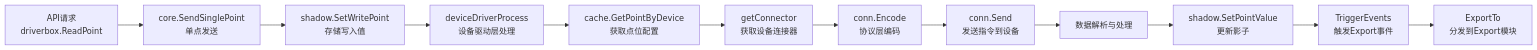
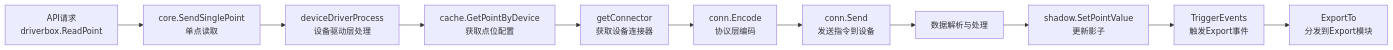
Before and after one commit to ibuilding-X/driver-box: the seventh of 9 diagrams in pages/src/content/docs/concepts/architecture.mdx, drawn with Mermaid. The commit also changed other lines of this file, not shown here.

First line of the commit message:
docs(architecture): 更新架构文档增加详细分层设计和流程说明

````diff
--- a/pages/src/content/docs/concepts/architecture.mdx
+++ b/pages/src/content/docs/concepts/architecture.mdx
@@ -346,14 +359,13 @@
 ```mermaid
 flowchart LR
-    A[API请求<br/>driverbox.ReadPoint] --> B[core.SendSinglePoint<br/>单点发送]
-    B --> C[shadow.SetWritePoint<br/>存储写入值]
-    C --> D[deviceDriverProcess<br/>设备驱动层处理]
-    D --> E[cache.GetPointByDevice<br/>获取点位配置]
-    E --> F[getConnector<br/>获取设备连接器]
-    F --> G[conn.Encode<br/>协议层编码]
-    G --> H[conn.Send<br/>发送指令到设备]
-    H --> I[数据解析与处理]
-    I --> J[shadow.SetPointValue<br/>更新影子]
-    J --> K[TriggerEvents<br/>触发Export事件]
-    K --> L[ExportTo<br/>分发到Export模块]
+    A[API请求<br/>driverbox.ReadPoint] --> B[core.SendSinglePoint<br/>单点读取]
+    B --> C[deviceDriverProcess<br/>设备驱动层处理]
+    C --> D[cache.GetPointByDevice<br/>获取点位配置]
+    D --> E[getConnector<br/>获取设备连接器]
+    E --> F[conn.Encode<br/>协议层编码]
+    F --> G[conn.Send<br/>发送指令到设备]
+    G --> H[数据解析与处理]
+    H --> I[shadow.SetPointValue<br/>更新影子]
+    I --> J[TriggerEvents<br/>触发Export事件]
+    J --> K[ExportTo<br/>分发到Export模块]
 ```
````
